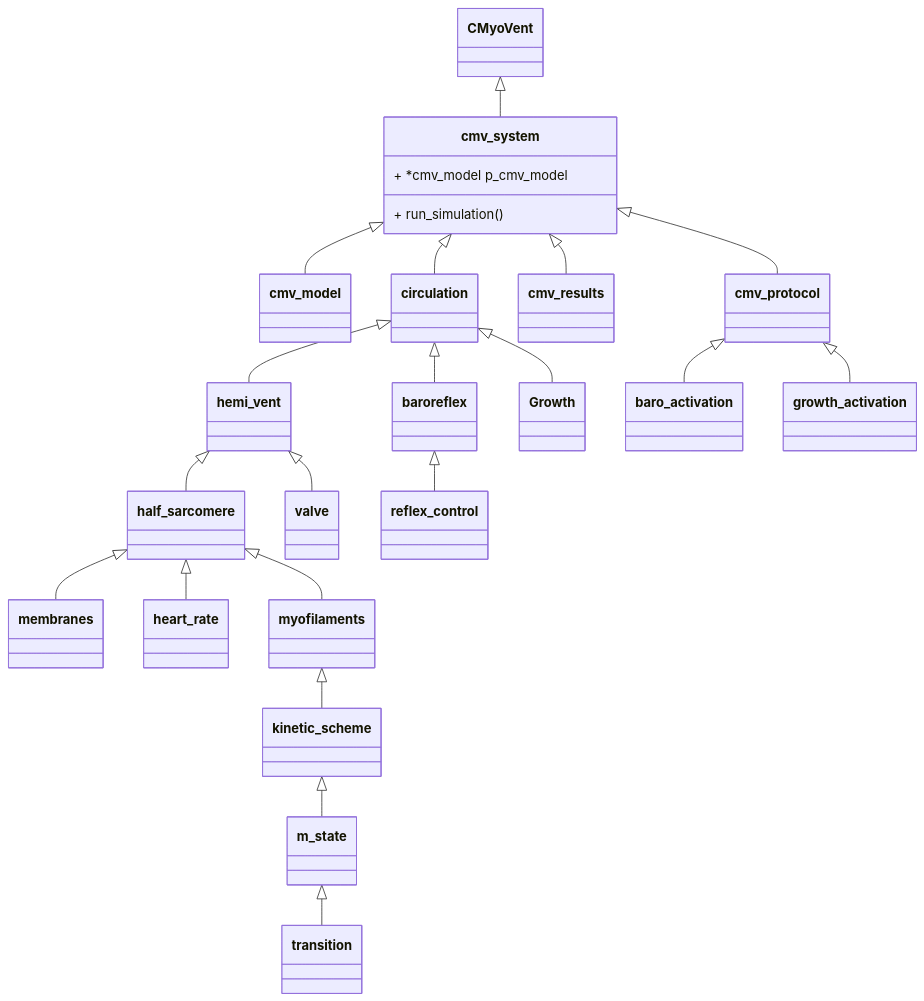
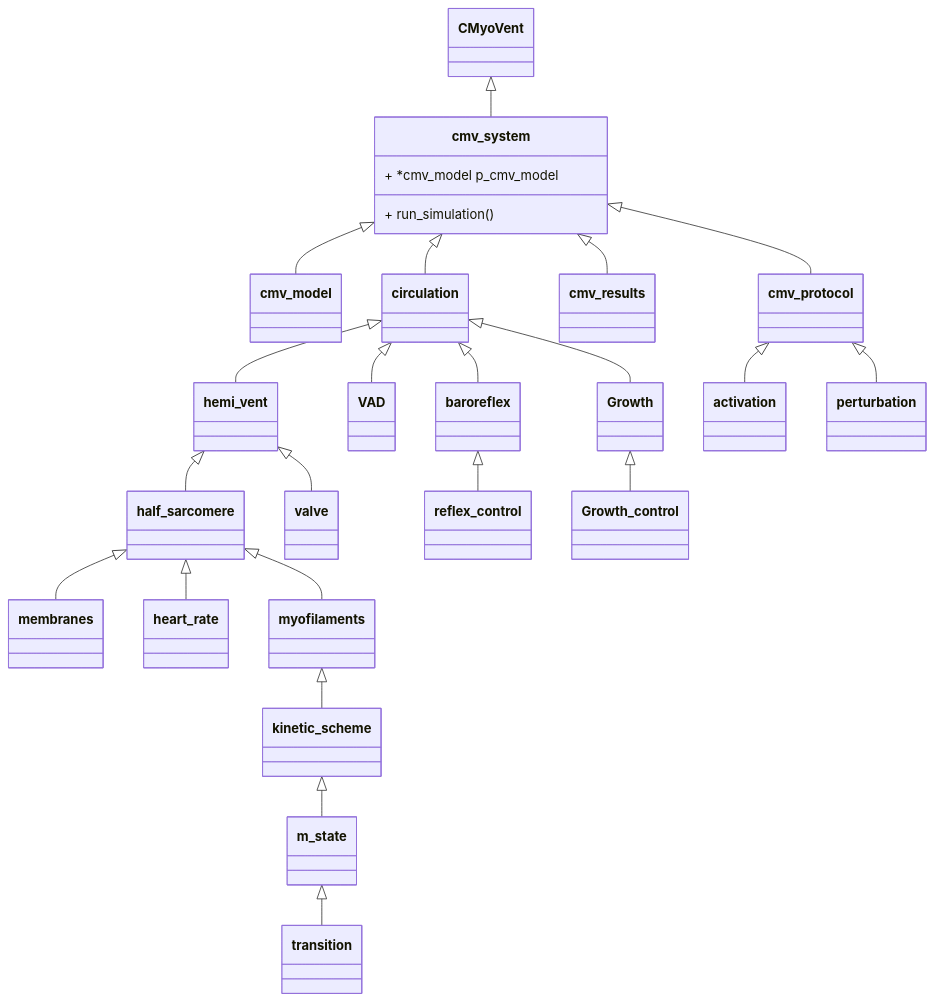
One commit to Campbell-Muscle-Lab/MyoVent changed the diagram in README.md. Above: the diagram before and after it, drawn with Mermaid. The commit also changed 24 other files, not shown here.

`````diff
--- a/README.md
+++ b/README.md
@@ -3,29 +3,30 @@
 ````mermaid
 
 classDiagram
 
     CMyoVent <|-- cmv_system
     cmv_system <|-- cmv_model
     cmv_system <|-- cmv_protocol
     cmv_system <|-- cmv_results
     cmv_system <|-- circulation
     circulation <|-- hemi_vent
+    circulation <|-- VAD
     circulation <|-- baroreflex
     circulation <|-- Growth
-    hemi_vent <|-- half_sarcomere
-    hemi_vent <|-- valve 
+        hemi_vent <|-- half_sarcomere
+    hemi_vent <|-- valve
     half_sarcomere <|-- membranes
     half_sarcomere <|-- heart_rate
     half_sarcomere <|-- myofilaments
     myofilaments <|--kinetic_scheme
     kinetic_scheme <|-- m_state
     m_state <|-- transition
     baroreflex <|-- reflex_control
-    cmv_protocol <|-- baro_activation
-    cmv_protocol <|-- growth_activation
+    Growth <|-- Growth_control
+    cmv_protocol <|-- activation
+    cmv_protocol <|-- perturbation
     
     cmv_system: + *cmv_model p_cmv_model
     cmv_system: + run_simulation()
 
-
 ````
`````
